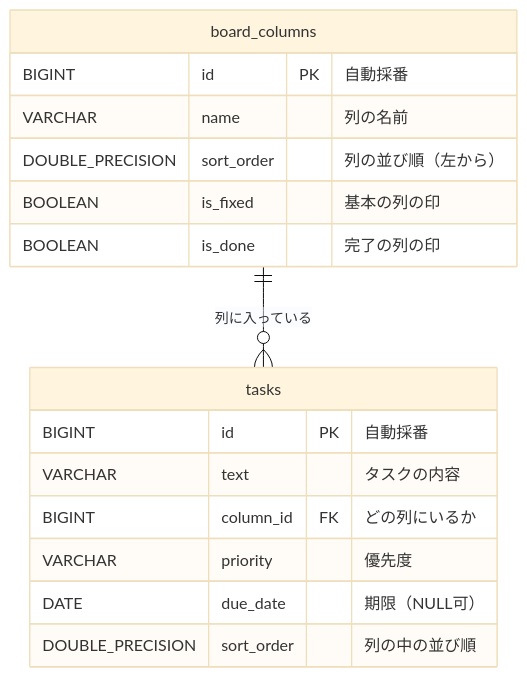
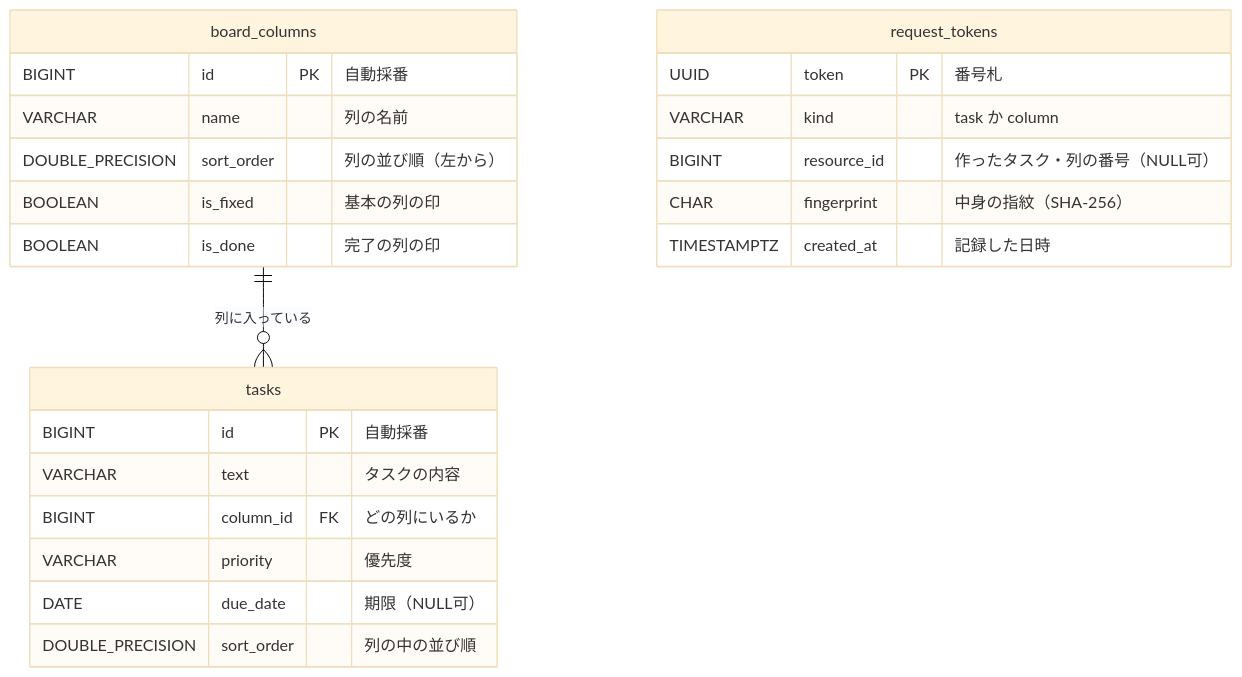
Before and after one commit to pirishiki/taskmanagement: the diagram in backend/DB設計書.md, drawn with Mermaid (base theme). The commit also changed other lines of this file and 19 other files, not shown here.

````diff
--- a/backend/DB設計書.md
+++ b/backend/DB設計書.md
@@ -9,19 +11,26 @@
 ```mermaid
 erDiagram
     board_columns ||--o{ tasks : "列に入っている"
+    request_tokens {
+        UUID token PK "番号札"
+        VARCHAR kind "task か column"
+        BIGINT resource_id "作ったタスク・列の番号（NULL可）"
+        CHAR fingerprint "中身の指紋（SHA-256）"
+        TIMESTAMPTZ created_at "記録した日時"
+    }
     board_columns {
         BIGINT id PK "自動採番"
         VARCHAR name "列の名前"
         DOUBLE_PRECISION sort_order "列の並び順（左から）"
         BOOLEAN is_fixed "基本の列の印"
         BOOLEAN is_done "完了の列の印"
     }
     tasks {
         BIGINT id PK "自動採番"
         VARCHAR text "タスクの内容"
         BIGINT column_id FK "どの列にいるか"
         VARCHAR priority "優先度"
         DATE due_date "期限（NULL可）"
         DOUBLE_PRECISION sort_order "列の中の並び順"
     }
 ```
````
